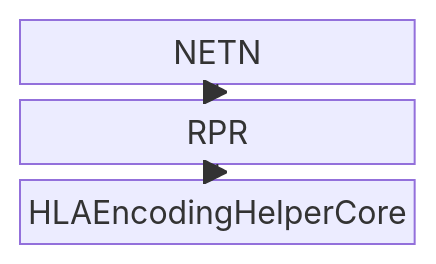
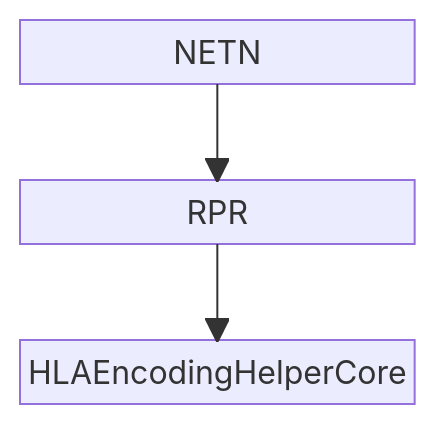
The diagram in README.md (IVCTool/OmtEncodingHelper), drawn with Mermaid before and after one commit.

````diff
--- a/README.md
+++ b/README.md
@@ -5,10 +5,12 @@
 ```mermaid
 block-beta
 columns 1
 NETN
+space
 RPR
+space
 HLAEncodingHelperCore
 
 NETN --> RPR
 RPR --> HLAEncodingHelperCore
 ```
````
